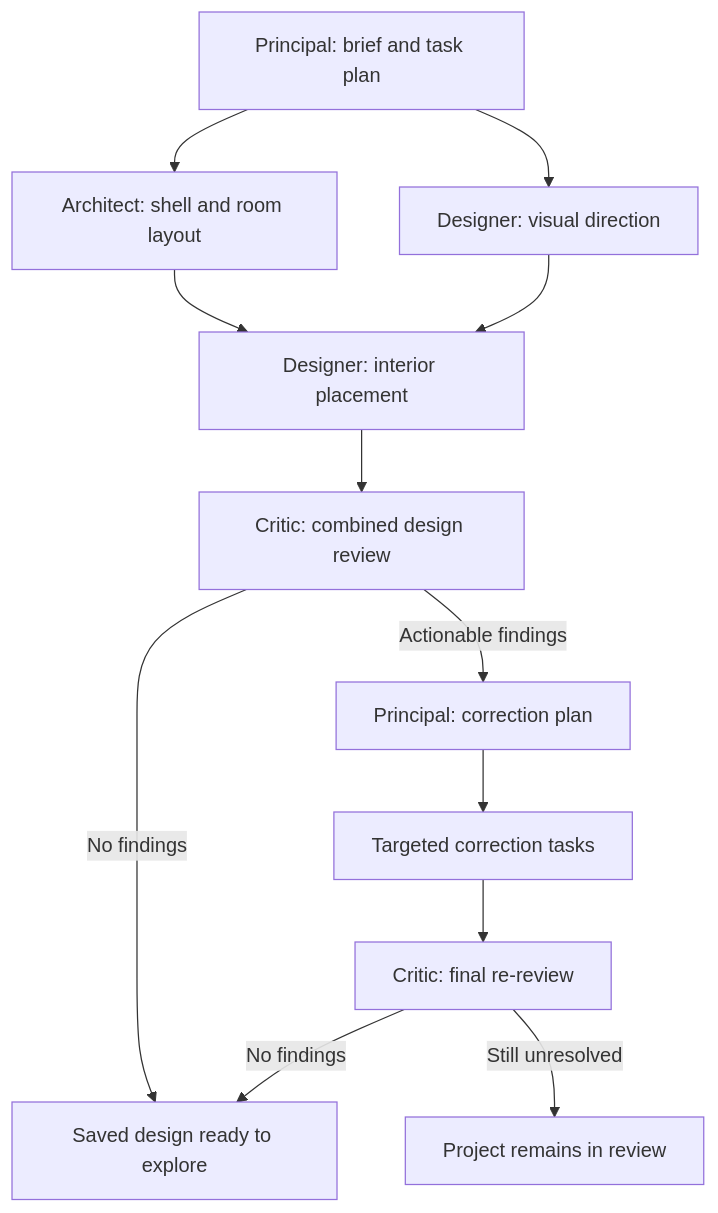
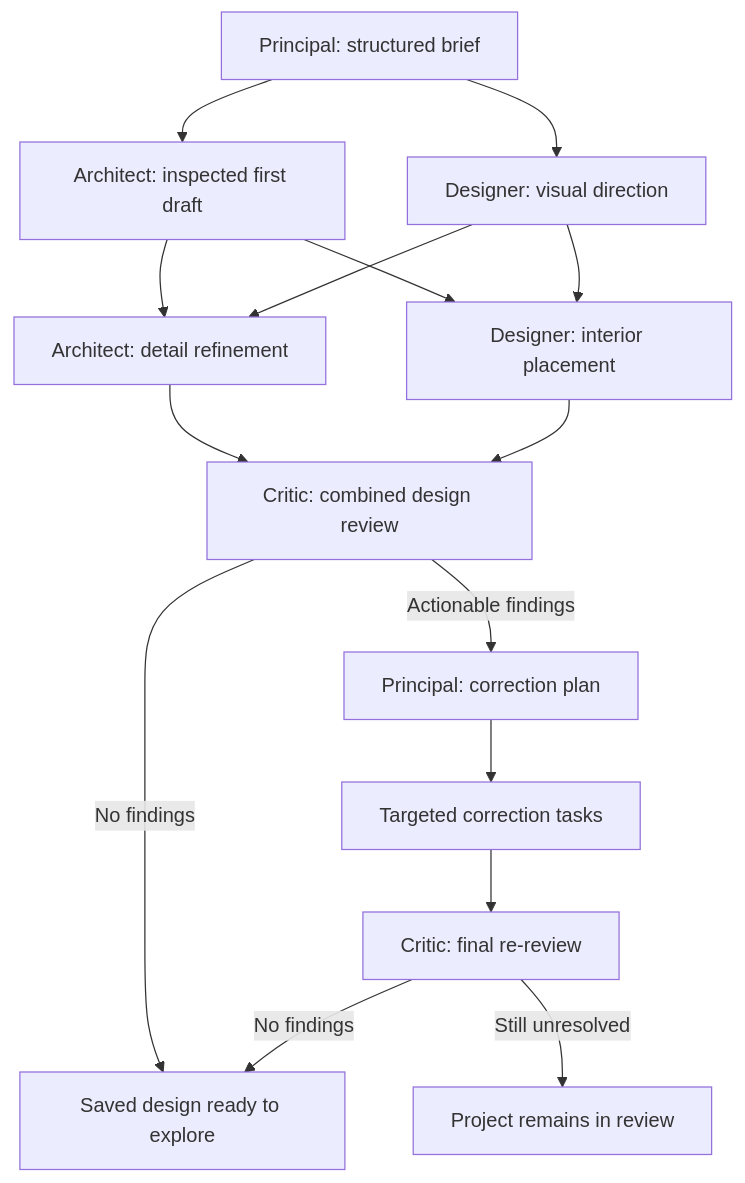
Before and after one commit to UltraRaptorYT/Atelier: the diagram in docs/concurrent-agents.md, drawn with Mermaid. The commit also changed other lines of this file and 32 other files, not shown here.

````diff
--- a/docs/concurrent-agents.md
+++ b/docs/concurrent-agents.md
@@ -19,14 +23,17 @@
 ```mermaid
 flowchart TD
-  P[Principal: brief and task plan] --> A[Architect: shell and room layout]
+  P[Principal: structured brief] --> A[Architect: inspected first draft]
   P --> V[Designer: visual direction]
   A --> I[Designer: interior placement]
   V --> I
+  A --> D[Architect: detail refinement]
+  V --> D
+  D --> R
   I --> R[Critic: combined design review]
   R -->|Actionable findings| C[Principal: correction plan]
   R -->|No findings| F[Saved design ready to explore]
   C --> T[Targeted correction tasks]
   T --> R2[Critic: final re-review]
   R2 -->|No findings| F
   R2 -->|Still unresolved| H[Project remains in review]
 ```
````
